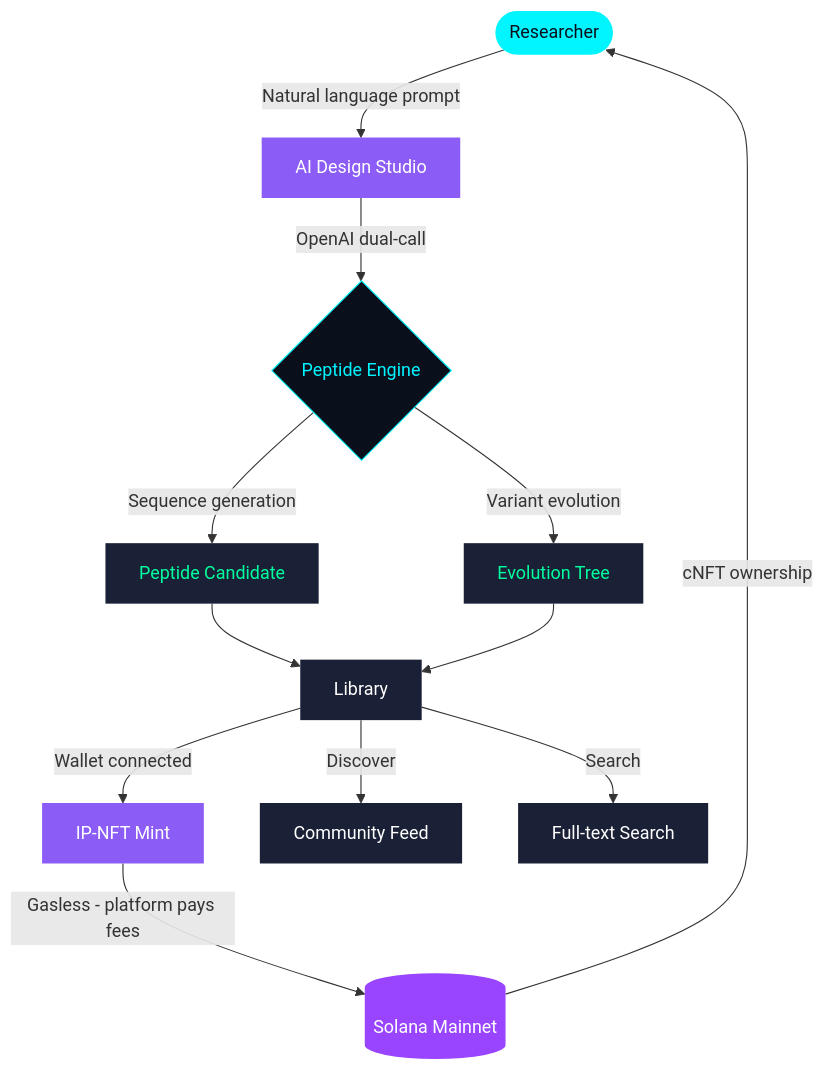
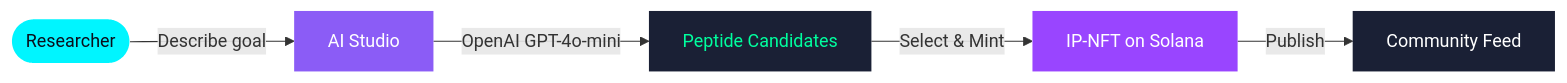
One commit to peptimus/.github changed the diagram in profile/README.md. Above: the diagram before and after it, drawn with Mermaid. The commit also changed other lines of this file and 1 other file, not shown here.

````diff
--- a/profile/README.md
+++ b/profile/README.md
@@ -28,25 +29,13 @@
 ```mermaid
-flowchart TD
-    A([Researcher]) -->|Natural language prompt| B[AI Design Studio]
-    B -->|OpenAI dual-call| C{Peptide Engine}
-    C -->|Sequence generation| D[Peptide Candidate]
-    C -->|Variant evolution| E[Evolution Tree]
-    D --> F[Library]
-    E --> F
-    F -->|Wallet connected| G[IP-NFT Mint]
-    G -->|Gasless - platform pays fees| H[(Solana Mainnet)]
-    H -->|cNFT ownership| A
-    F -->|Discover| I[Community Feed]
-    F -->|Search| J[Full-text Search]
+flowchart LR
+    A([Researcher]) -->|Describe goal| B[AI Studio]
+    B -->|OpenAI GPT-4o-mini| C[Peptide Candidates]
+    C -->|Select & Mint| D[IP-NFT on Solana]
+    D -->|Publish| E[Community Feed]
 
     style A fill:#00f5ff,color:#0a0f1c,stroke:none
     style B fill:#8b5cf6,color:#fff,stroke:none
-    style C fill:#0a0f1c,color:#00f5ff,stroke:#00f5ff
-    style D fill:#1a2035,color:#00ff9f,stroke:none
-    style E fill:#1a2035,color:#00ff9f,stroke:none
-    style F fill:#1a2035,color:#fff,stroke:none
-    style G fill:#8b5cf6,color:#fff,stroke:none
-    style H fill:#9945FF,color:#fff,stroke:none
-    style I fill:#1a2035,color:#fff,stroke:none
-    style J fill:#1a2035,color:#fff,stroke:none
+    style C fill:#1a2035,color:#00ff9f,stroke:none
+    style D fill:#9945FF,color:#fff,stroke:none
+    style E fill:#1a2035,color:#fff,stroke:none
 ```
````
